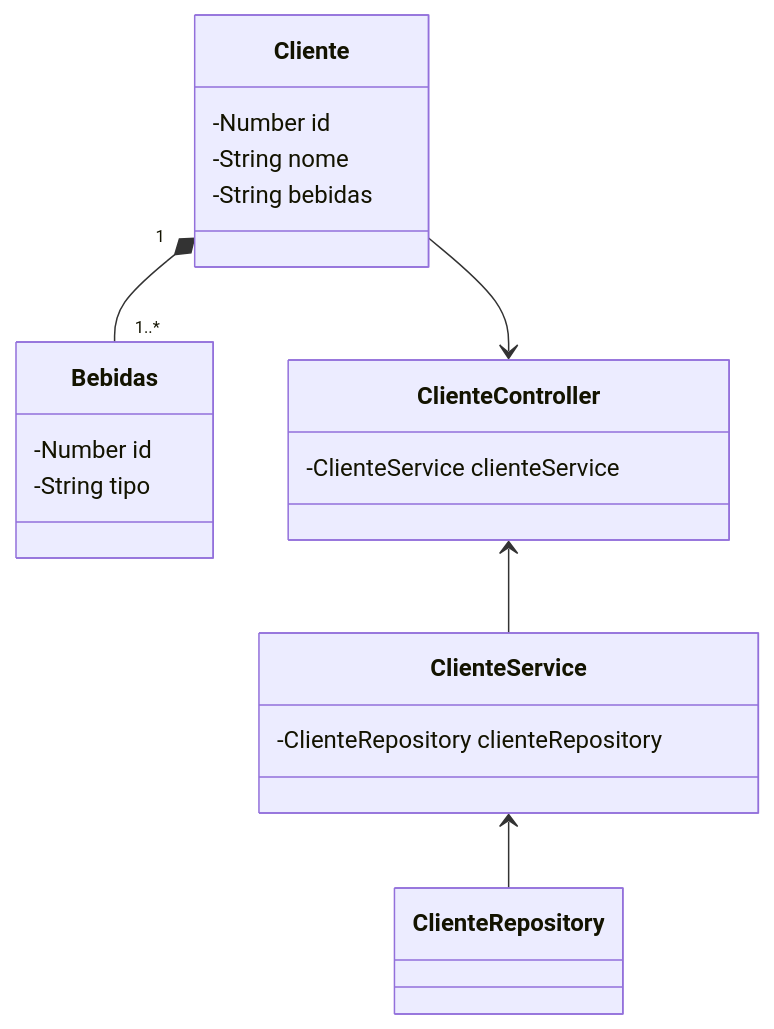
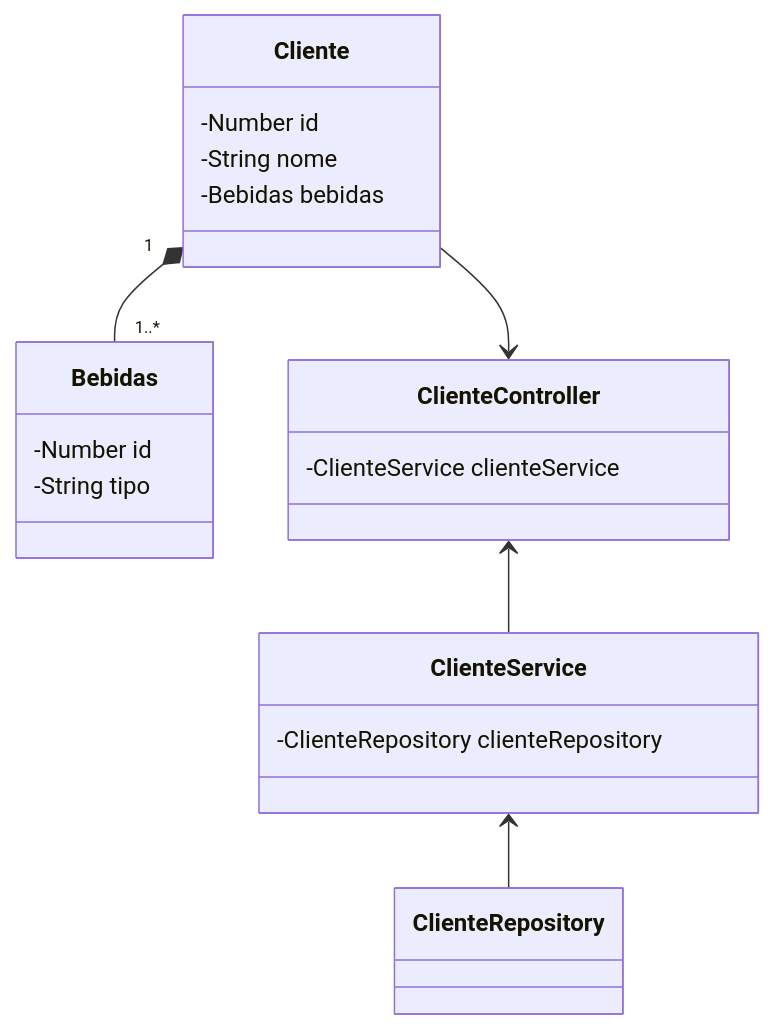
Before and after one commit to jouhnz/santander-bootcamp-jouhnz: the diagram in README.md, drawn with Mermaid.

````diff
--- a/README.md
+++ b/README.md
@@ -6,27 +6,27 @@
 ```mermaid
   classDiagram
   class Cliente {
     -Number id
     -String nome
-    -String bebidas
+    -Bebidas bebidas
   }
 
   class Bebidas {
     -Number id
     -String tipo
   }
 
   class ClienteService {
     -ClienteRepository clienteRepository
   }
   
   class ClienteController {
     -ClienteService clienteService 
   } 
 
   Cliente "1" *-- "1..*" Bebidas
   ClienteService <-- ClienteRepository
   ClienteController <-- ClienteService
   Cliente --> ClienteController
 
 ```
````
